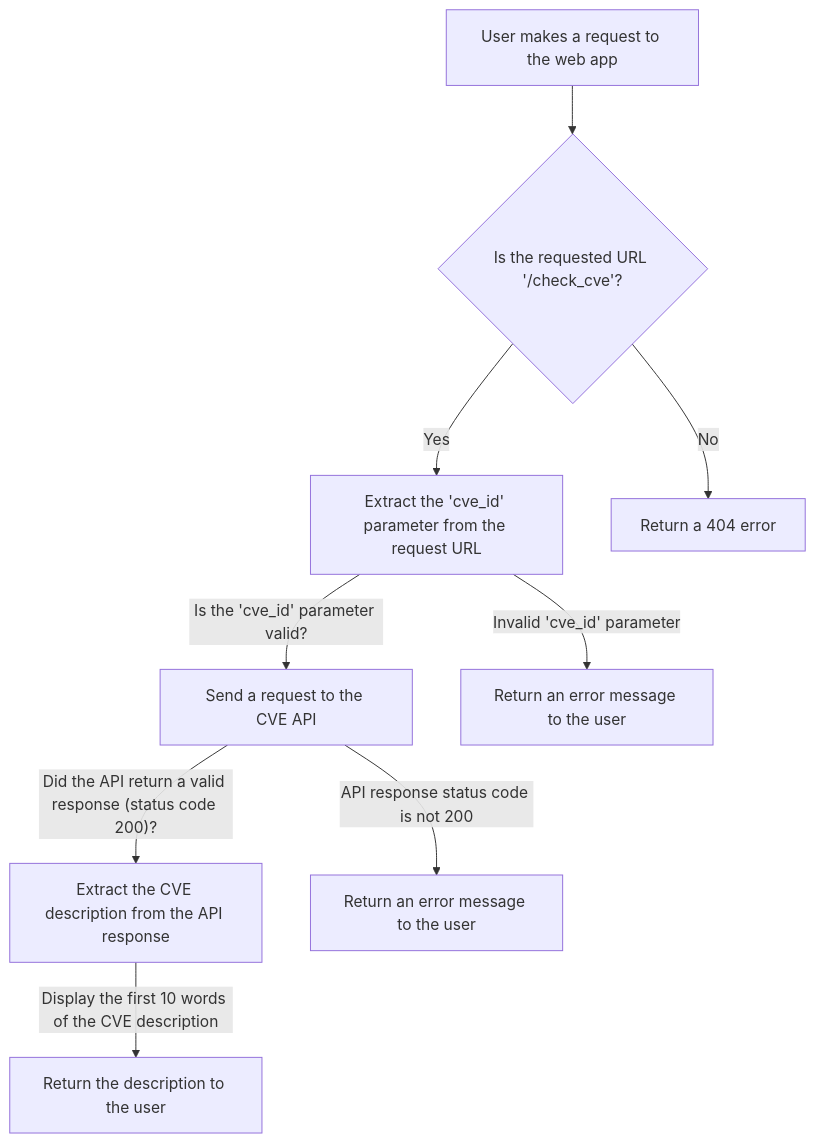
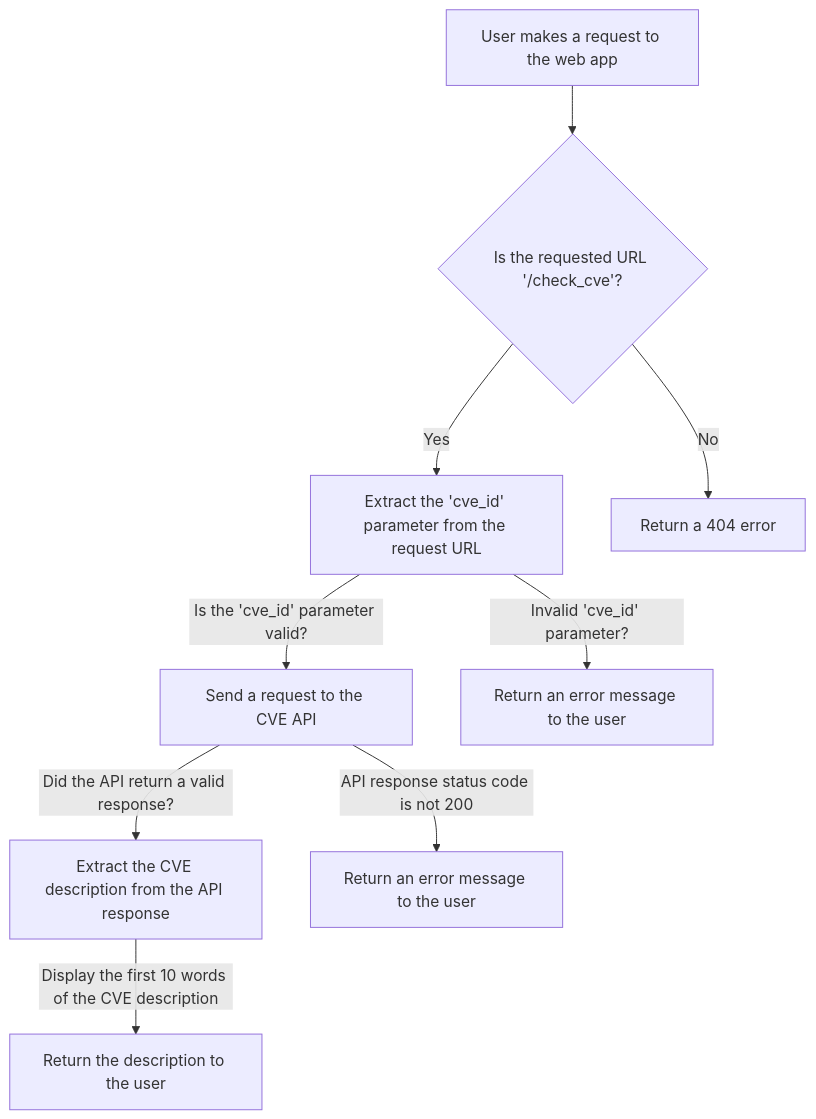
Before and after one commit to juhiechandra/OWASP-GSOC23-Proposal: the diagram in API-Diagrams/CVE_ID.mmd, drawn with Mermaid.

Commit message:
Correct () error

```diff
--- a/API-Diagrams/CVE_ID.mmd
+++ b/API-Diagrams/CVE_ID.mmd
@@ -1,9 +1,9 @@
 graph TD;
 A[User makes a request to the web app] --> B{Is the requested URL '/check_cve'?};
 B -- Yes --> C[Extract the 'cve_id' parameter from the request URL];
 B -- No --> D[Return a 404 error];
 C -- Is the 'cve_id' parameter valid? --> E[Send a request to the CVE API];
-E -- Did the API return a valid response (status code 200)? --> F[Extract the CVE description from the API response];
+E -- Did the API return a valid response? --> F[Extract the CVE description from the API response];
 F -- Display the first 10 words of the CVE description --> G[Return the description to the user];
 E -- API response status code is not 200 --> H[Return an error message to the user];
-C -- Invalid 'cve_id' parameter --> I[Return an error message to the user];
+C -- Invalid 'cve_id' parameter? --> I[Return an error message to the user];
```
